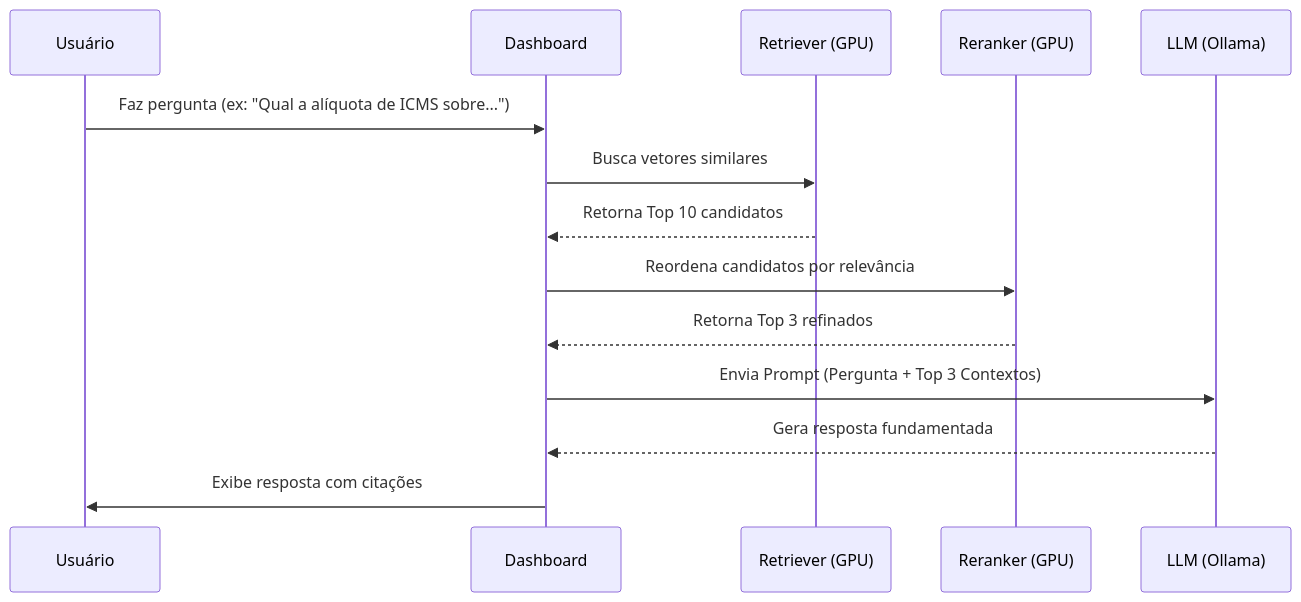
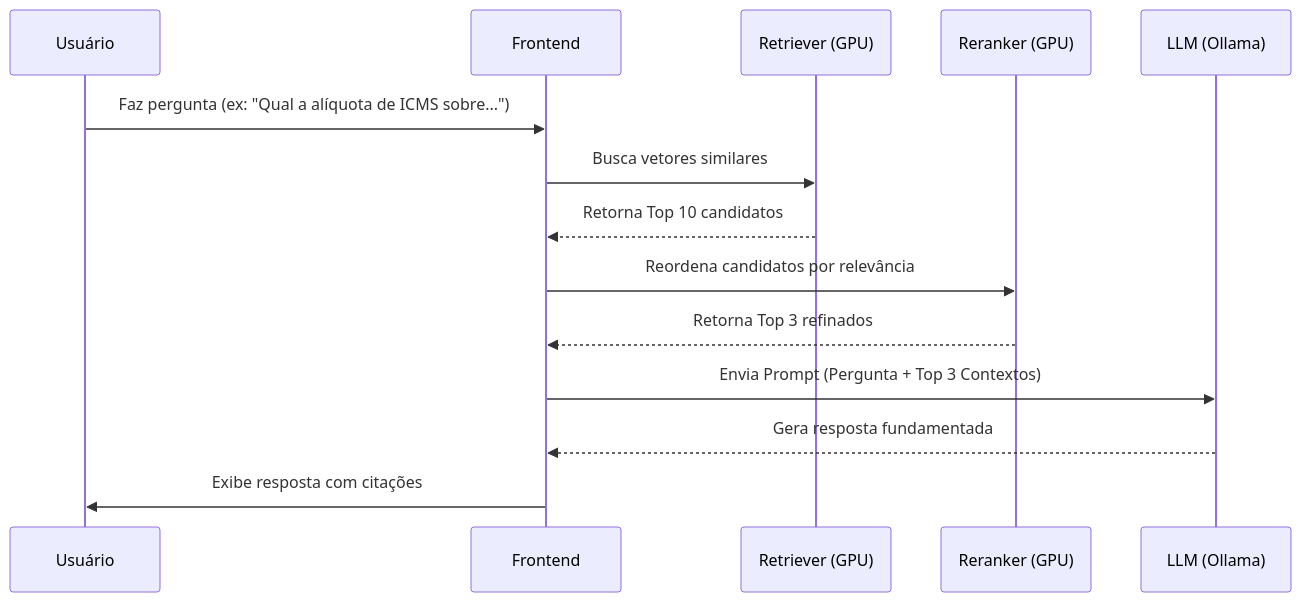
The diagram in ARCHITECTURE.md (Enio-Telles/IA_leg), drawn with Mermaid before and after one commit. The commit also changed other lines of this file and 1 other file, not shown here.

Commit message:
docs: update architecture and setup for new frontend

````diff
--- a/ARCHITECTURE.md
+++ b/ARCHITECTURE.md
@@ -52,17 +52,17 @@
 ```mermaid
 sequenceDiagram
     participant U as Usuário
-    participant D as Dashboard
+    participant F as Frontend
     participant R as Retriever (GPU)
     participant K as Reranker (GPU)
     participant L as LLM (Ollama)
 
-    U->>D: Faz pergunta (ex: "Qual a alíquota de ICMS sobre...")
-    D->>R: Busca vetores similares
-    R-->>D: Retorna Top 10 candidatos
-    D->>K: Reordena candidatos por relevância
-    K-->>D: Retorna Top 3 refinados
-    D->>L: Envia Prompt (Pergunta + Top 3 Contextos)
-    L-->>D: Gera resposta fundamentada
-    D->>U: Exibe resposta com citações
+    U->>F: Faz pergunta (ex: "Qual a alíquota de ICMS sobre...")
+    F->>R: Busca vetores similares
+    R-->>F: Retorna Top 10 candidatos
+    F->>K: Reordena candidatos por relevância
+    K-->>F: Retorna Top 3 refinados
+    F->>L: Envia Prompt (Pergunta + Top 3 Contextos)
+    L-->>F: Gera resposta fundamentada
+    F->>U: Exibe resposta com citações
 ```
````
